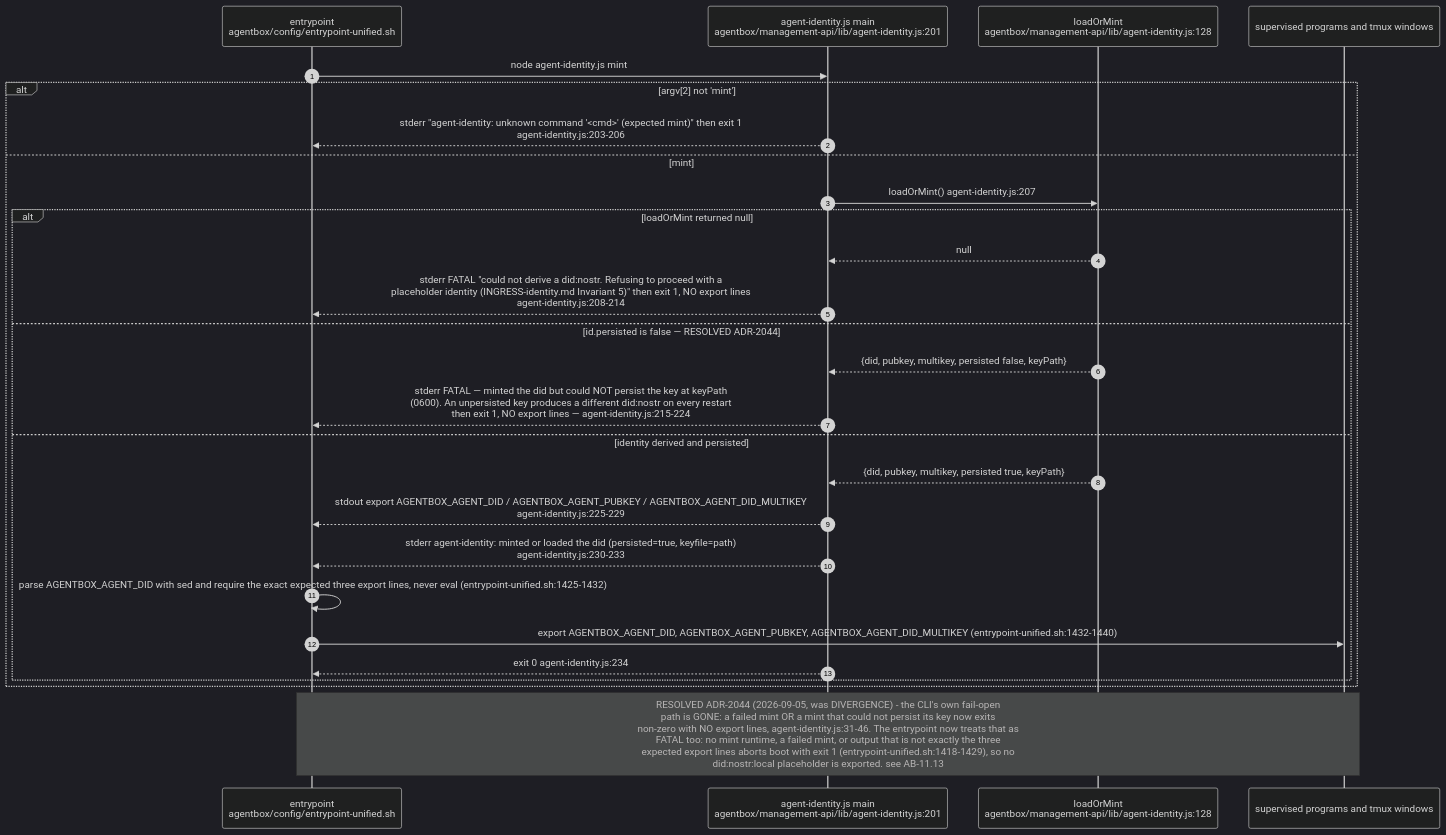
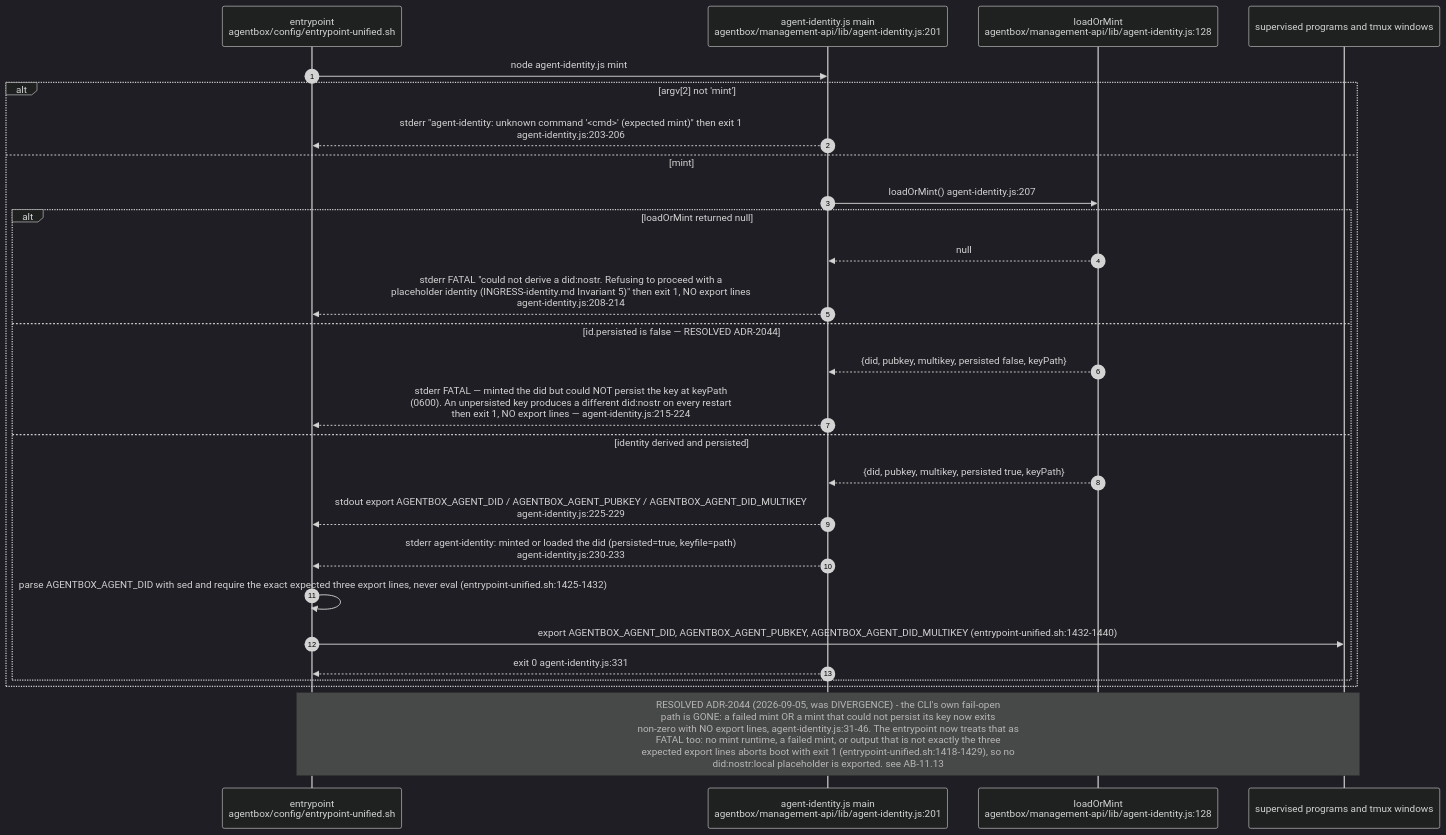
Before and after one commit to DreamLab-AI/VisionFlow: the third of 16 diagrams in docs/diagrams/agentbox/11-identity-did-mandate-authority.md, drawn with Mermaid (dark theme). The commit also changed 39 other files, not shown here.

````diff
--- a/docs/diagrams/agentbox/11-identity-did-mandate-authority.md
+++ b/docs/diagrams/agentbox/11-identity-did-mandate-authority.md
@@ -152,30 +152,30 @@
 ```mermaid
 sequenceDiagram
     autonumber
     participant EP as entrypoint<br/>agentbox/config/entrypoint-unified.sh
     participant CLI as agent-identity.js main<br/>agentbox/management-api/lib/agent-identity.js:201
     participant LM as loadOrMint<br/>agentbox/management-api/lib/agent-identity.js:128
     participant SHELL as supervised programs and tmux windows
 
     EP->>CLI: node agent-identity.js mint
     alt argv[2] not 'mint'
         CLI-->>EP: stderr "agent-identity: unknown command '<cmd>' (expected mint)" then exit 1<br/>agent-identity.js:203-206
     else mint
         CLI->>LM: loadOrMint() agent-identity.js:207
         alt loadOrMint returned null
             LM-->>CLI: null
             CLI-->>EP: stderr FATAL "could not derive a did:nostr. Refusing to proceed with a<br/>placeholder identity (INGRESS-identity.md Invariant 5)" then exit 1, NO export lines<br/>agent-identity.js:208-214
         else id.persisted is false — RESOLVED ADR-2044
             LM-->>CLI: {did, pubkey, multikey, persisted false, keyPath}
             CLI-->>EP: stderr FATAL — minted the did but could NOT persist the key at keyPath<br/>(0600). An unpersisted key produces a different did:nostr on every restart<br/>then exit 1, NO export lines — agent-identity.js:215-224
         else identity derived and persisted
             LM-->>CLI: {did, pubkey, multikey, persisted true, keyPath}
             CLI-->>EP: stdout export AGENTBOX_AGENT_DID / AGENTBOX_AGENT_PUBKEY / AGENTBOX_AGENT_DID_MULTIKEY<br/>agent-identity.js:225-229
             CLI-->>EP: stderr agent-identity: minted or loaded the did (persisted=true, keyfile=path)<br/>agent-identity.js:230-233
             EP->>EP: parse AGENTBOX_AGENT_DID with sed and require the exact expected three export lines, never eval (entrypoint-unified.sh:1425-1432)
             EP->>SHELL: export AGENTBOX_AGENT_DID, AGENTBOX_AGENT_PUBKEY, AGENTBOX_AGENT_DID_MULTIKEY (entrypoint-unified.sh:1432-1440)
-            CLI-->>EP: exit 0 agent-identity.js:234
+            CLI-->>EP: exit 0 agent-identity.js:331
         end
     end
     Note over EP,SHELL: RESOLVED ADR-2044 (2026-09-05, was DIVERGENCE) - the CLI's own fail-open<br/>path is GONE: a failed mint OR a mint that could not persist its key now exits<br/>non-zero with NO export lines, agent-identity.js:31-46. The entrypoint now treats that as<br/>FATAL too: no mint runtime, a failed mint, or output that is not exactly the three<br/>expected export lines aborts boot with exit 1 (entrypoint-unified.sh:1418-1429), so no<br/>did:nostr:local placeholder is exported. see AB-11.13
 ```
````
